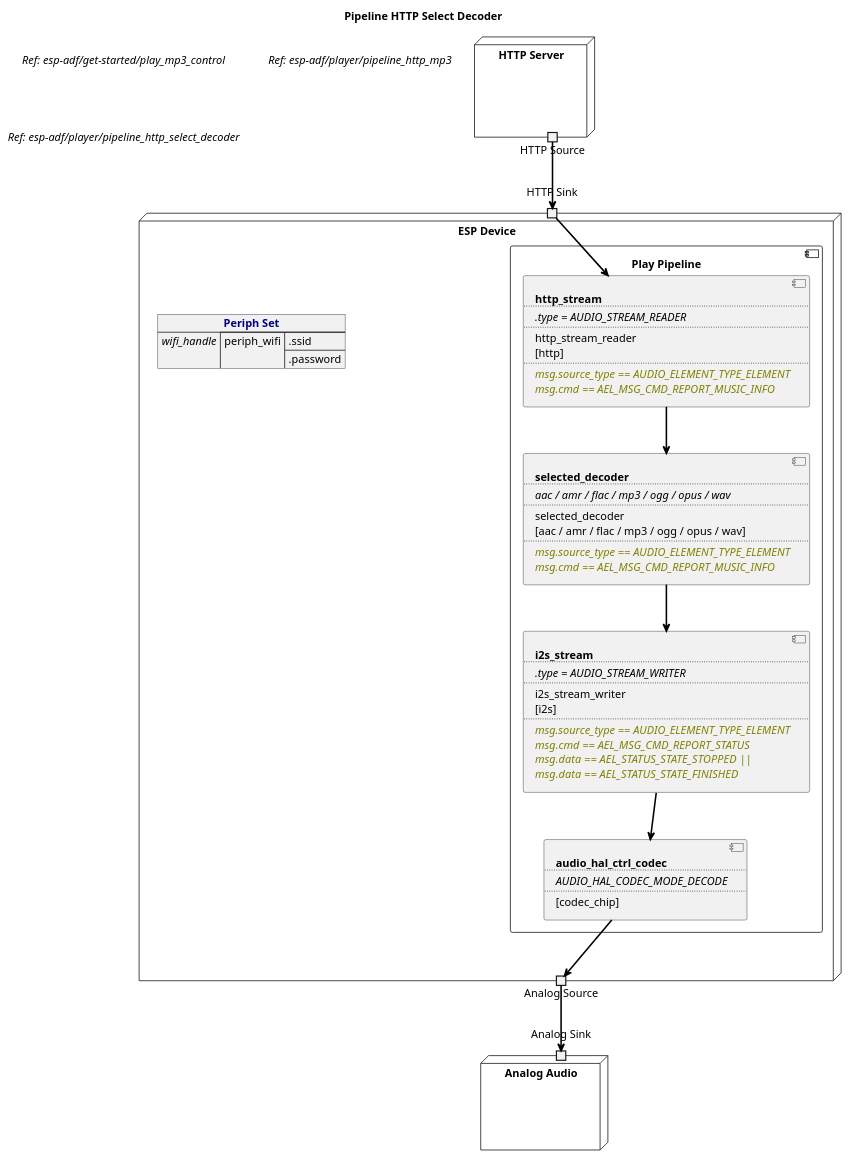
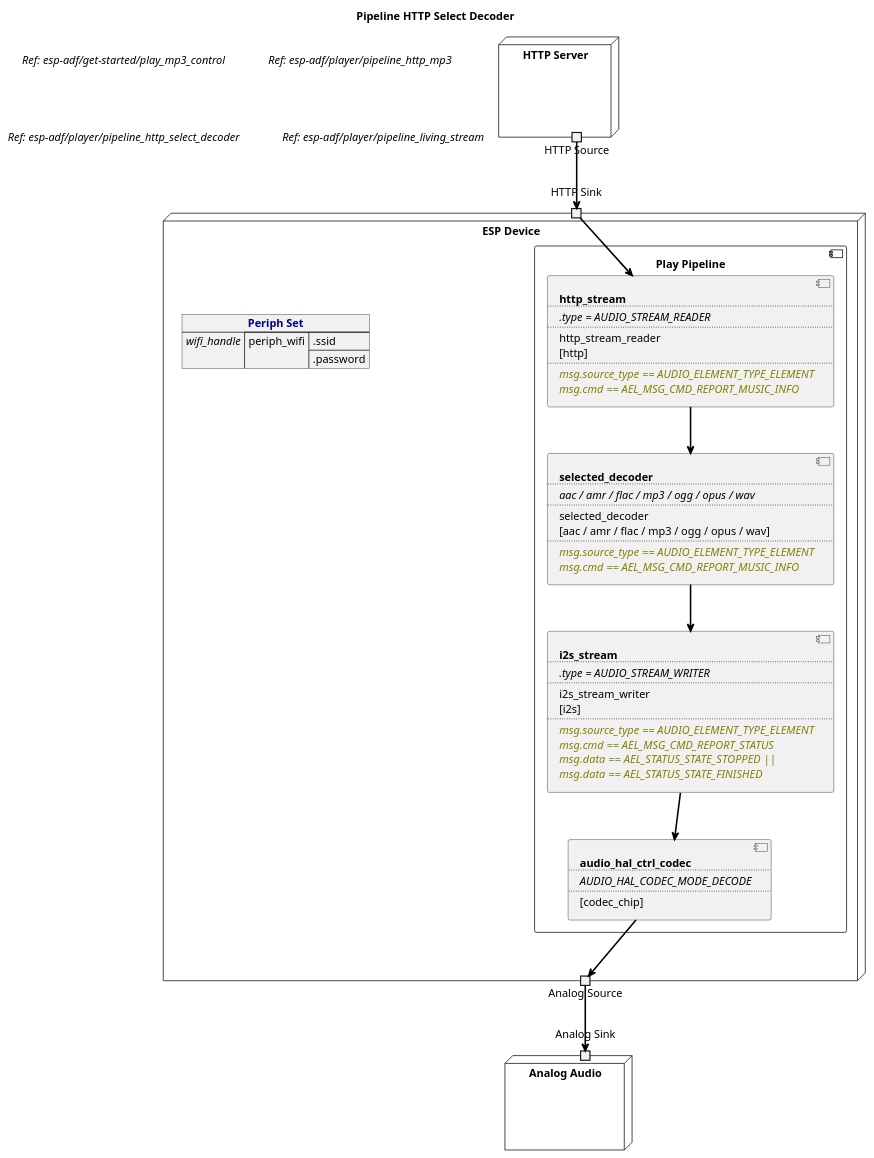
The diagram in examples/esp-adf/player/pipeline_http_select_decoder/audio-stream-diagram.plantuml (liang-zhu-zi/open-audio-adapter), drawn with PlantUML before and after one commit. The commit also changed 2 other files, not shown here.

Commit message:
add audio flow chart

```diff
--- a/examples/esp-adf/player/pipeline_http_select_decoder/audio-stream-diagram.plantuml
+++ b/examples/esp-adf/player/pipeline_http_select_decoder/audio-stream-diagram.plantuml
@@ -1,89 +1,90 @@
 @startuml pipeline_http_select_decoder
 title Pipeline HTTP Select Decoder
 allowmixing
 
 label "//Ref: esp-adf/get-started/play_mp3_control//"
 label "//Ref: esp-adf/player/pipeline_http_mp3//"
 label "//Ref: esp-adf/player/pipeline_http_select_decoder//"
+label "//Ref: esp-adf/player/pipeline_living_stream//"
 
 node "HTTP Server" as HTTPServer  {
     portout "HTTP Source" as HTTPSource
 } 
 
 node "ESP Device" as ESPDevice  {
 
     json "<b><color navy>Periph Set" as periph_set {
         "<i>wifi_handle" : {
             "periph_wifi" : [".ssid", ".password"]
         }
     }
     
     portin "HTTP Sink" as HTTPSink
 
     component "Play Pipeline" as PlayPipeline {
 
         component HTTPStream [
             <b>http_stream
             ....
             <i>.type = AUDIO_STREAM_READER
             ....
             http_stream_reader
             [http]
             ....
             <i><color olive>msg.source_type == AUDIO_ELEMENT_TYPE_ELEMENT
             <i><color olive>msg.cmd == AEL_MSG_CMD_REPORT_MUSIC_INFO
         ]
 
         component SelectedDecoder [
             <b>selected_decoder
             ....
             <i>aac / amr / flac / mp3 / ogg / opus / wav
             ....
             selected_decoder
             [aac / amr / flac / mp3 / ogg / opus / wav]
             ....
             <i><color olive>msg.source_type == AUDIO_ELEMENT_TYPE_ELEMENT
             <i><color olive>msg.cmd == AEL_MSG_CMD_REPORT_MUSIC_INFO
         ]
 
         component I2SStream [
             <b>i2s_stream
             ....
             <i>.type = AUDIO_STREAM_WRITER
             ....
             i2s_stream_writer
             [i2s]
             ....
             <i><color olive>msg.source_type == AUDIO_ELEMENT_TYPE_ELEMENT
             <i><color olive>msg.cmd == AEL_MSG_CMD_REPORT_STATUS
             <i><color olive>msg.data == AEL_STATUS_STATE_STOPPED ||
             <i><color olive>msg.data == AEL_STATUS_STATE_FINISHED
         ]
 
         component HALCodec [
             <b>audio_hal_ctrl_codec
             ....
             <i>AUDIO_HAL_CODEC_MODE_DECODE
             ....
             [codec_chip]
         ]
     }
 
     portout "Analog Source" as AnalogSource
 } 
 
 node "Analog Audio" as AnalogAudio  {
     portin "Analog Sink" as AnalogSink
 }
 
 HTTPSource --> HTTPSink           #line:black;line.bold;text:black
 
 HTTPSink    --> HTTPStream        #line:black;line.bold;text:black
 HTTPStream  --> SelectedDecoder   #line:black;line.bold;text:black
 SelectedDecoder --> I2SStream     #line:black;line.bold;text:black
 I2SStream  --> HALCodec         #line:black;line.bold;text:black
 HALCodec   --> AnalogSource     #line:black;line.bold;text:black
 
 AnalogSource --> AnalogSink     #line:black;line.bold;text:black
 
 @enduml
```
